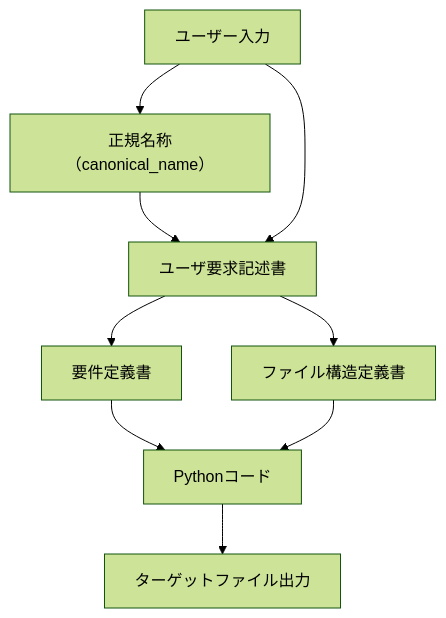
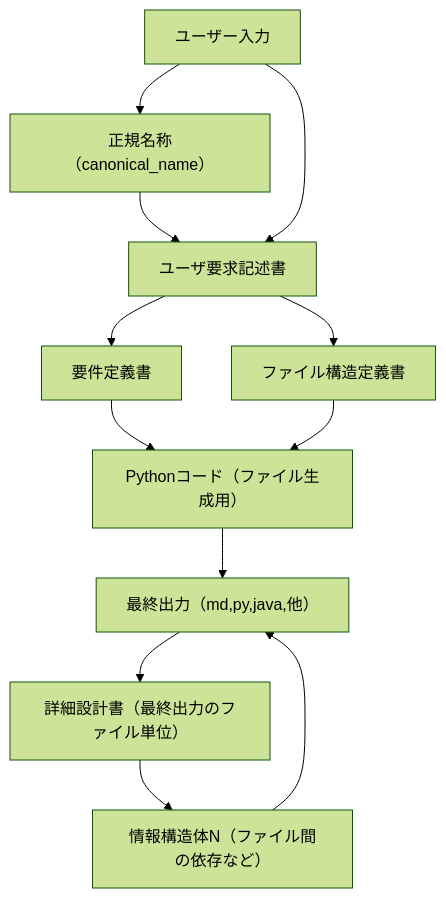
Before and after one commit to nobu007/zoltraak_auto: the first of 2 diagrams in ARCHITECTURE.md, drawn with Mermaid (forest theme).

Commit message:
docs: ARCHITECTURE.mdを更新（情報構造体）

````diff
--- a/ARCHITECTURE.md
+++ b/ARCHITECTURE.md
@@ -5,11 +5,14 @@
 ```mermaid
 flowchart TD
     A[ユーザー入力] --> X[正規名称（canonical_name）]
     X --> B[ユーザ要求記述書]
     A --> B
     B --> C[要件定義書]
     B --> Y[ファイル構造定義書]
-    C --> D[Pythonコード]
+    C --> D[Pythonコード（ファイル生成用）]
     Y --> D
-    D --> E[ターゲットファイル出力]
+    D --> F[最終出力（md,py,java,他）]
+    F --> G[詳細設計書（最終出力のファイル単位）]
+    G --> H[情報構造体N（ファイル間の依存など）]
+    H --> F
 ```
````
